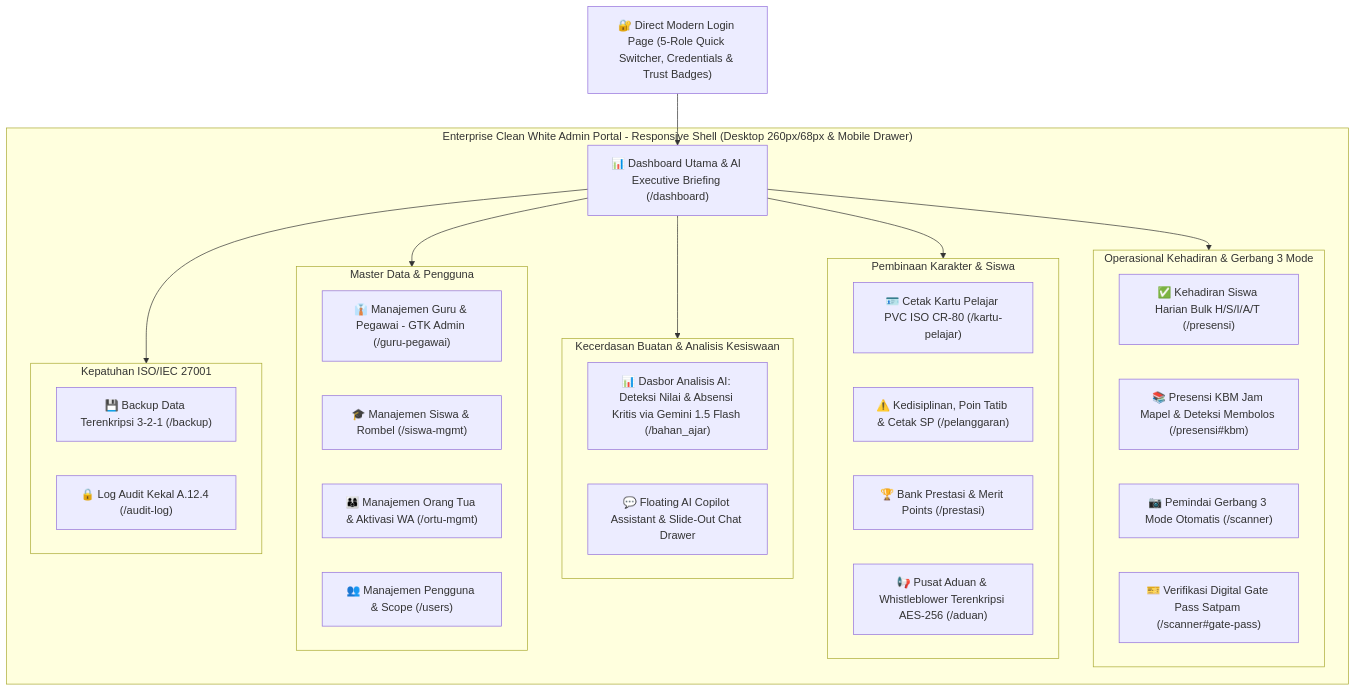
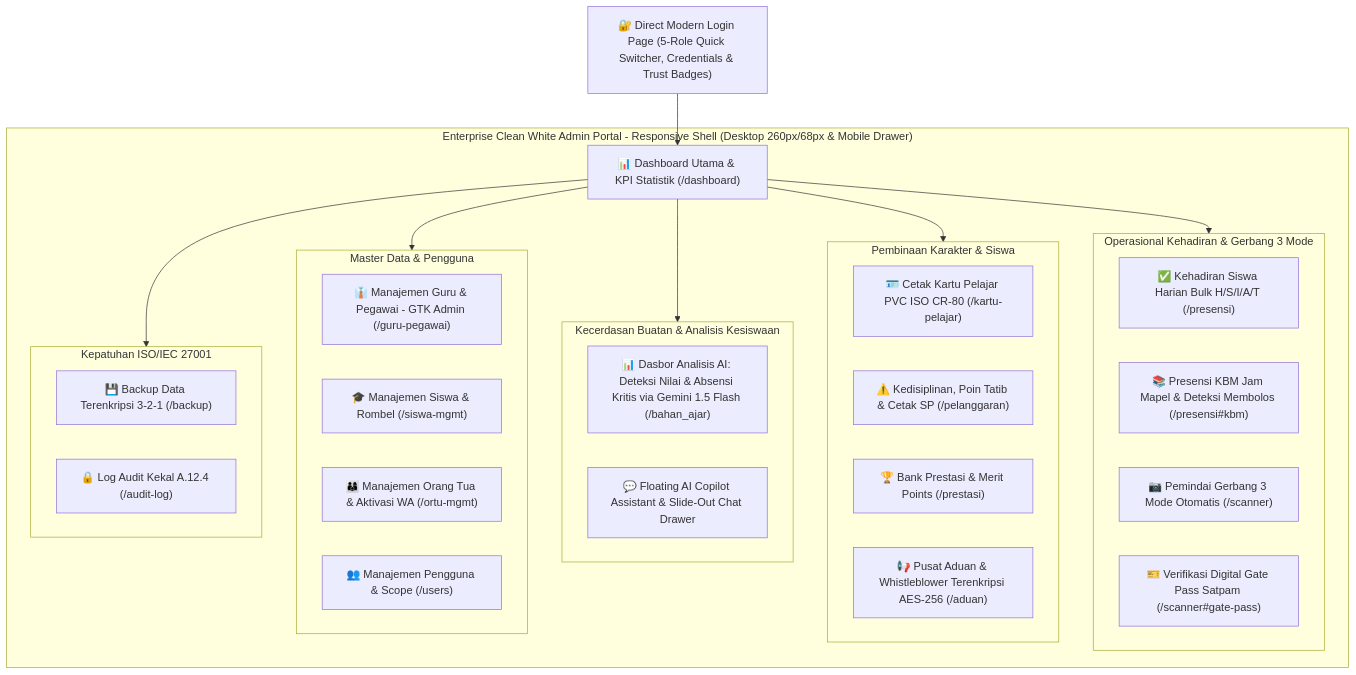
The diagram in plan/docs/05_DESIGN_UI.md (benny-abdullah/school_app), drawn with Mermaid before and after one commit. The commit also changed other lines of this file and 6 other files, not shown here.

Commit message:
fix(dashboard): remove AI Executive Briefing card and synchronize plan docs

````diff
--- a/plan/docs/05_DESIGN_UI.md
+++ b/plan/docs/05_DESIGN_UI.md
@@ -16,42 +16,42 @@
 ```mermaid
 graph TD
     LOGIN["🔐 Direct Modern Login Page (5-Role Quick Switcher, Credentials & Trust Badges)"]
 
     subgraph Internal_Portal ["Enterprise Clean White Admin Portal - Responsive Shell (Desktop 260px/68px & Mobile Drawer)"]
-        DASH["📊 Dashboard Utama & AI Executive Briefing (/dashboard)"]
+        DASH["📊 Dashboard Utama & KPI Statistik (/dashboard)"]
         
         subgraph Modul_Presensi ["Operasional Kehadiran & Gerbang 3 Mode"]
             ATT_DAY["✅ Kehadiran Siswa Harian Bulk H/S/I/A/T (/presensi)"]
             ATT_KBM["📚 Presensi KBM Jam Mapel & Deteksi Membolos (/presensi#kbm)"]
             SCAN_3M["📷 Pemindai Gerbang 3 Mode Otomatis (/scanner)"]
             GATE_PASS["🎫 Verifikasi Digital Gate Pass Satpam (/scanner#gate-pass)"]
         end
 
         subgraph Modul_Kesiswaan ["Pembinaan Karakter & Siswa"]
             CARD_GEN["🪪 Cetak Kartu Pelajar PVC ISO CR-80 (/kartu-pelajar)"]
             TATIB["⚠️ Kedisiplinan, Poin Tatib & Cetak SP (/pelanggaran)"]
             PRESTASI["🏆 Bank Prestasi & Merit Points (/prestasi)"]
             WHISTLE["📢 Pusat Aduan & Whistleblower Terenkripsi AES-256 (/aduan)"]
         end
 
         subgraph Modul_AI ["Kecerdasan Buatan & Analisis Kesiswaan"]
             AI_STUDIO["📊 Dasbor Analisis AI: Deteksi Nilai & Absensi Kritis via Gemini 1.5 Flash (/bahan_ajar)"]
             AI_COPILOT["💬 Floating AI Copilot Assistant & Slide-Out Chat Drawer"]
         end
 
         subgraph Modul_Master ["Master Data & Pengguna"]
             GTK["👔 Manajemen Guru & Pegawai - GTK Admin (/guru-pegawai)"]
             SISWA["🎓 Manajemen Siswa & Rombel (/siswa-mgmt)"]
             ORTU["👨‍👩‍👦 Manajemen Orang Tua & Aktivasi WA (/ortu-mgmt)"]
             USERS["👥 Manajemen Pengguna & Scope (/users)"]
         end
 
         subgraph Modul_Keamanan ["Kepatuhan ISO/IEC 27001"]
             BACKUP["💾 Backup Data Terenkripsi 3-2-1 (/backup)"]
             AUDIT["🔒 Log Audit Kekal A.12.4 (/audit-log)"]
         end
     end
 
     LOGIN --> DASH
     DASH --> Modul_Presensi & Modul_Kesiswaan & Modul_AI & Modul_Master & Modul_Keamanan
 ```
````
